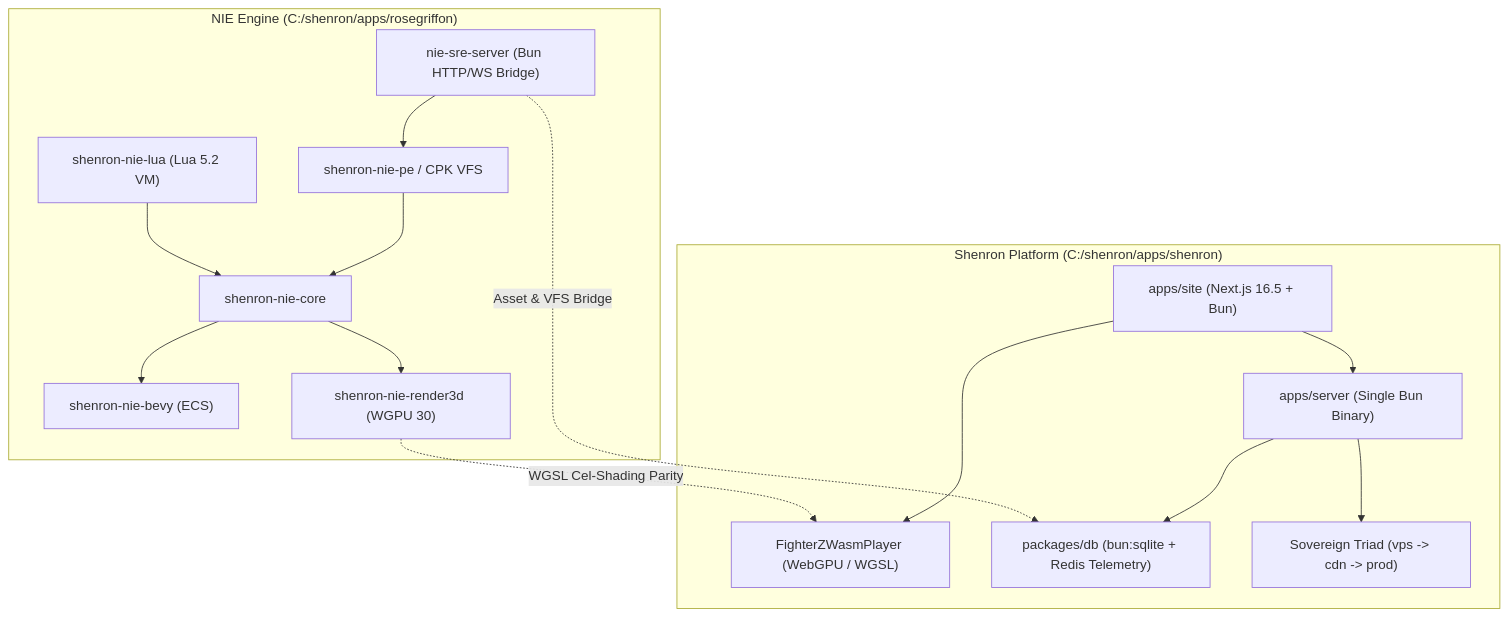
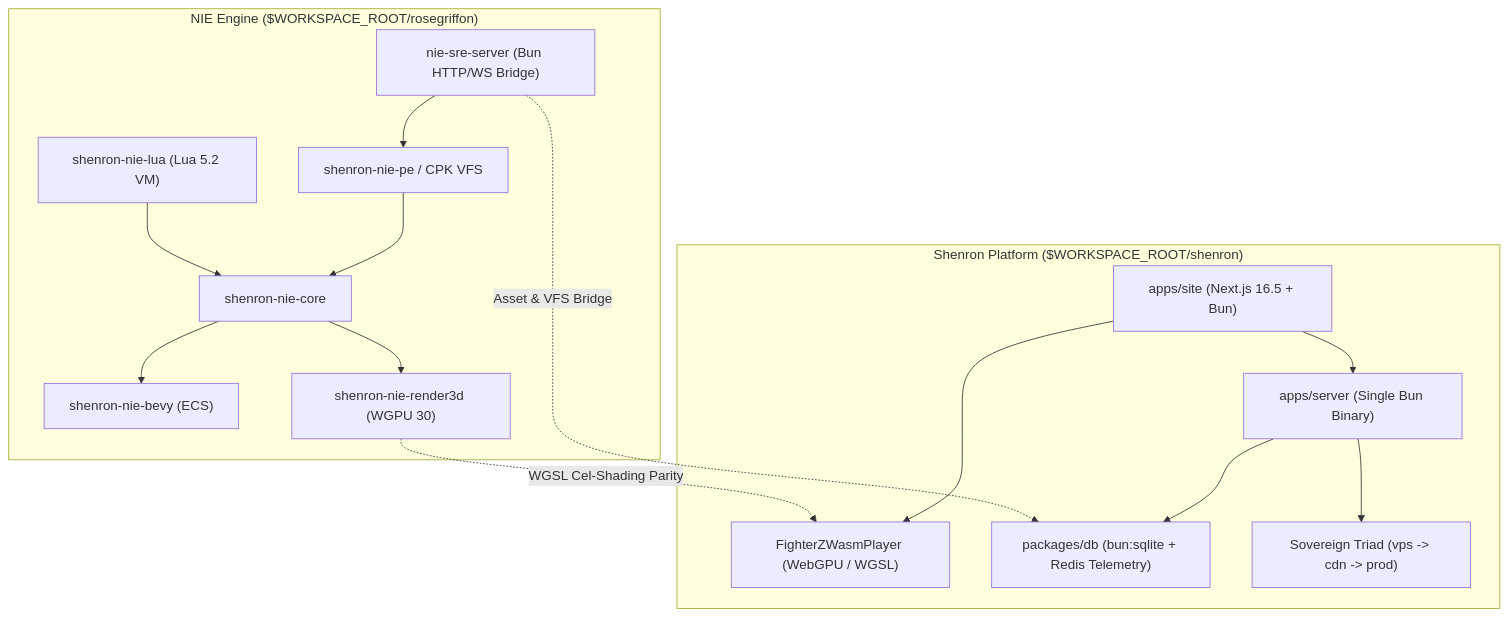
The diagram in docs/architecture/nie-vs-shenron-game-runtime.md (aphrody-labs/shenron), drawn with Mermaid before and after one commit. The commit also changed other lines of this file and 138 other files, not shown here.

Commit message:
docs, data catalogues and notes: replace captured machine paths by neutral forms (%USERPROFILE%, $WORKSPACE_ROOT, $SHENRON_ROOT); transcript and manifest hashes recomputed

````diff
--- a/docs/architecture/nie-vs-shenron-game-runtime.md
+++ b/docs/architecture/nie-vs-shenron-game-runtime.md
@@ -26,33 +26,33 @@
 ```mermaid
 flowchart TD
-    subgraph NIE_Architecture["NIE Engine (C:/shenron/apps/rosegriffon)"]
+    subgraph NIE_Architecture["NIE Engine ($WORKSPACE_ROOT/rosegriffon)"]
         CORE["shenron-nie-core"]
         BEVY["shenron-nie-bevy (ECS)"]
         RENDER["shenron-nie-render3d (WGPU 30)"]
         VFS["shenron-nie-pe / CPK VFS"]
         LUA["shenron-nie-lua (Lua 5.2 VM)"]
         SRE["nie-sre-server (Bun HTTP/WS Bridge)"]
 
         CORE --> BEVY
         CORE --> RENDER
         VFS --> CORE
         LUA --> CORE
         SRE --> VFS
     end
 
-    subgraph Shenron_Architecture["Shenron Platform (C:/shenron/apps/shenron)"]
+    subgraph Shenron_Architecture["Shenron Platform ($WORKSPACE_ROOT/shenron)"]
         SITE["apps/site (Next.js 16.5 + Bun)"]
         SERVER["apps/server (Single Bun Binary)"]
         WGPU_PLAYER["FighterZWasmPlayer (WebGPU / WGSL)"]
         DB_RE["packages/db (bun:sqlite + Redis Telemetry)"]
         TRIAD["Sovereign Triad (vps -> cdn -> prod)"]
 
         SITE --> SERVER
         SITE --> WGPU_PLAYER
         SERVER --> DB_RE
         SERVER --> TRIAD
     end
 
     SRE -.->|"Asset & VFS Bridge"| DB_RE
     RENDER -.->|"WGSL Cel-Shading Parity"| WGPU_PLAYER
 ```
````
